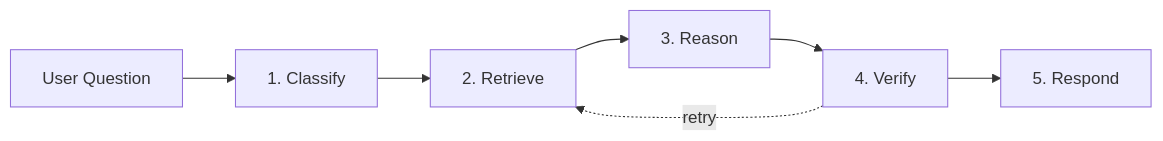
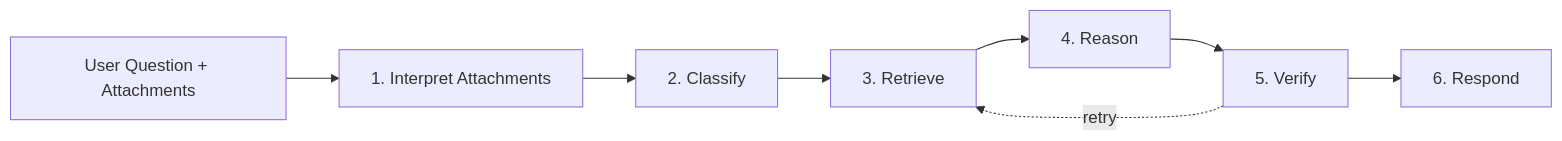
The diagram in docs-pkg/query/pipeline.mdx (claritylabs-inc/cl-sdk), drawn with Mermaid before and after one commit. The commit also changed other lines of this file and 17 other files, not shown here.

````diff
--- a/docs-pkg/query/pipeline.mdx
+++ b/docs-pkg/query/pipeline.mdx
@@ -34,9 +57,10 @@
 ```mermaid
 flowchart LR
-  Q[User Question] --> C[1. Classify]
-  C --> R[2. Retrieve]
-  R --> RE[3. Reason]
-  RE --> V[4. Verify]
-  V --> RS[5. Respond]
+  Q[User Question + Attachments] --> A[1. Interpret Attachments]
+  A --> C[2. Classify]
+  C --> R[3. Retrieve]
+  R --> RE[4. Reason]
+  RE --> V[5. Verify]
+  V --> RS[6. Respond]
   V -.->|retry| R
 ```
````
